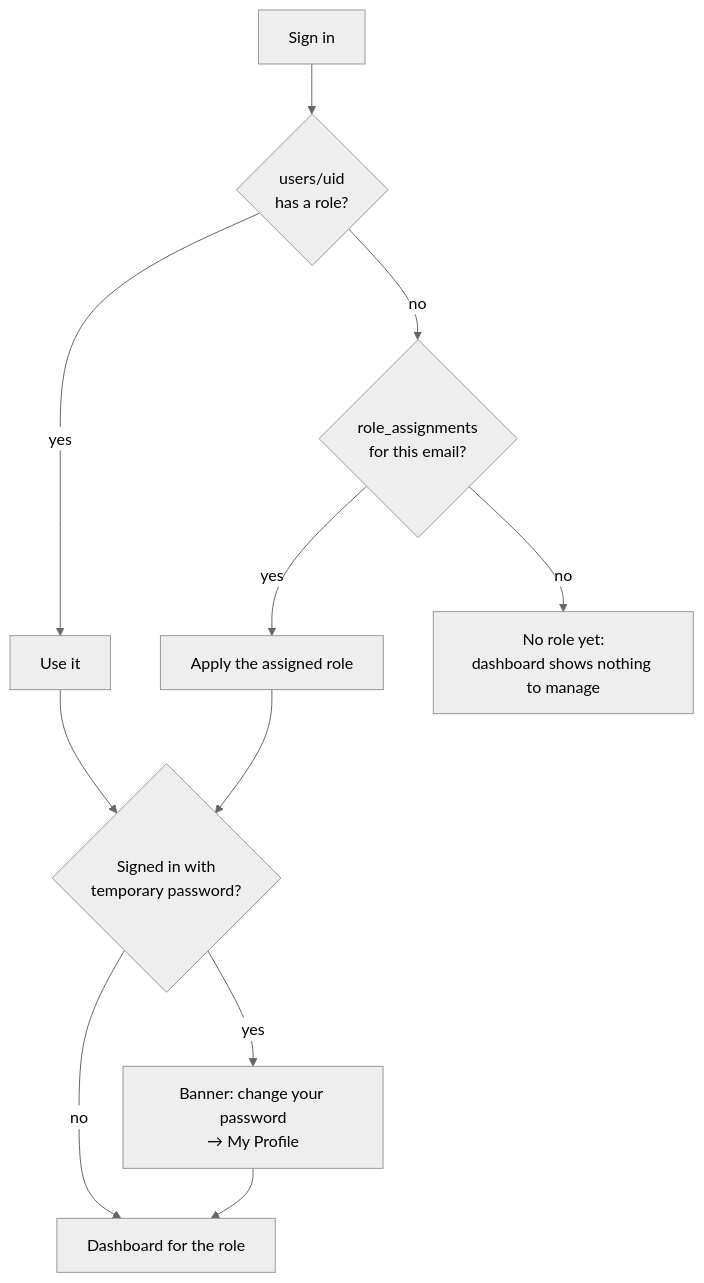
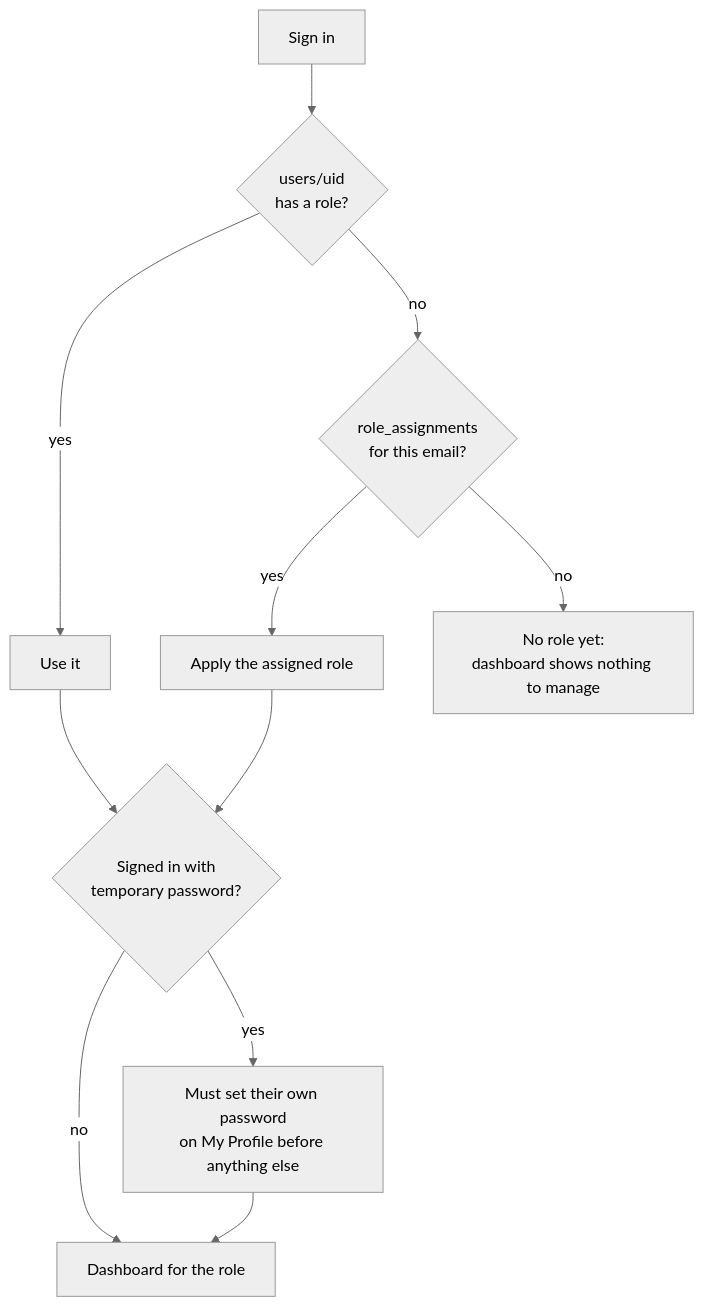
One commit to The-Dark-Ranger/Jeddah-Hub changed the third of 9 diagrams in docs/HOW-IT-WORKS.md. Above: the diagram before and after it, drawn with Mermaid (neutral theme). The commit also changed other lines of this file and 16 other files, not shown here.

````diff
--- a/docs/HOW-IT-WORKS.md
+++ b/docs/HOW-IT-WORKS.md
@@ -80,13 +80,13 @@
 ```mermaid
 flowchart TD
     S[Sign in] --> U{users/uid<br/>has a role?}
     U -->|yes| R[Use it]
     U -->|no| A{role_assignments<br/>for this email?}
     A -->|yes| R2[Apply the assigned role]
     A -->|no| N[No role yet:<br/>dashboard shows nothing to manage]
     R --> PW{Signed in with<br/>temporary password?}
     R2 --> PW
-    PW -->|yes| B[Banner: change your password<br/>→ My Profile]
+    PW -->|yes| B[Must set their own password<br/>on My Profile before anything else]
     PW -->|no| D[Dashboard for the role]
     B --> D
 ```
````
